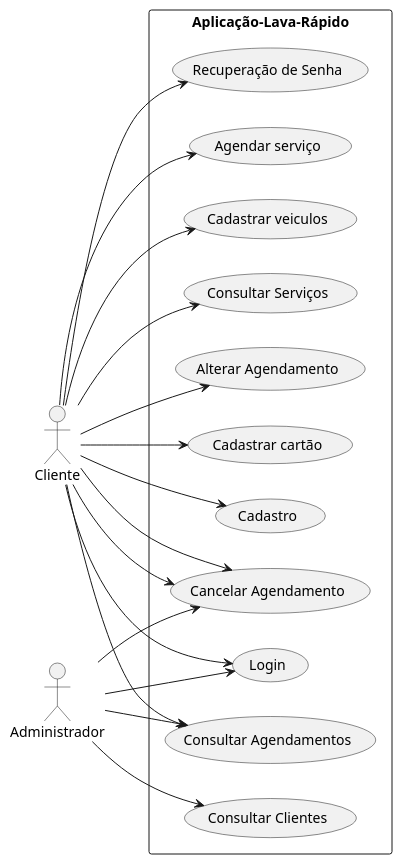
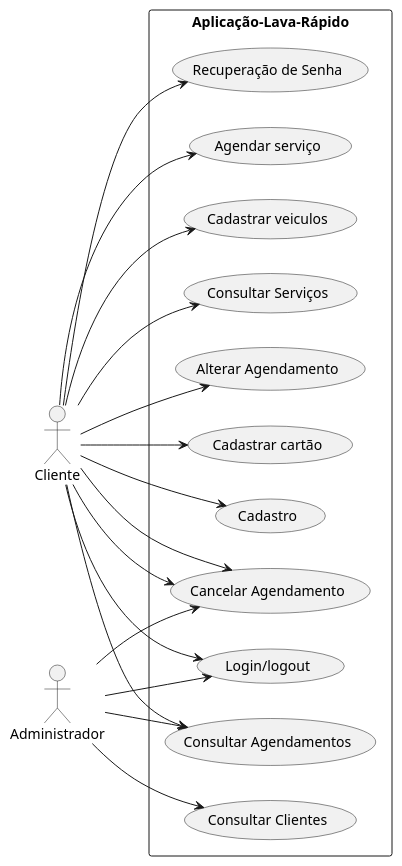
The diagram in Diagramas/casos_de_uso.plantuml (Lucas-Ed/Pi-2-semestre), drawn with PlantUML before and after one commit. The commit also changed 18 other files, not shown here.

```diff
--- a/Diagramas/casos_de_uso.plantuml
+++ b/Diagramas/casos_de_uso.plantuml
@@ -1,38 +1,38 @@
 @startuml
 left to right direction
 actor "Cliente" as cliente
 actor "Administrador" as administrador
 rectangle Aplicação-Lava-Rápido {
-  usecase "Login" as login
+  usecase "Login/logout" as login
   usecase "Cadastro" as cadastro
   usecase "Recuperação de Senha" as recuperacao
   usecase "Agendar serviço" as agendamento
   usecase "Cancelar Agendamento" as cancelarAgendamento
   usecase "Cadastrar veiculos" as veiculos
   usecase "Consultar Serviços" as consultarServicos
   usecase "Alterar Agendamento" as alterarAgendamento
   usecase "Consultar Agendamentos" as consultarAgendamentos
   usecase "Consultar Clientes" as consultarClientes
   usecase "Cadastrar cartão" as cartoes
 
 
 
 }
 
 cliente --> login
 cliente --> cadastro
 cliente --> agendamento
 cliente --> alterarAgendamento
 cliente --> cancelarAgendamento
 cliente --> recuperacao
 cliente --> cancelarAgendamento
 cliente --> consultarServicos
 cliente --> consultarAgendamentos
 cliente --> veiculos
 cliente --> cartoes
 
 administrador --> consultarAgendamentos
 administrador --> consultarClientes
 administrador --> cancelarAgendamento
 administrador --> login
 @enduml
```
